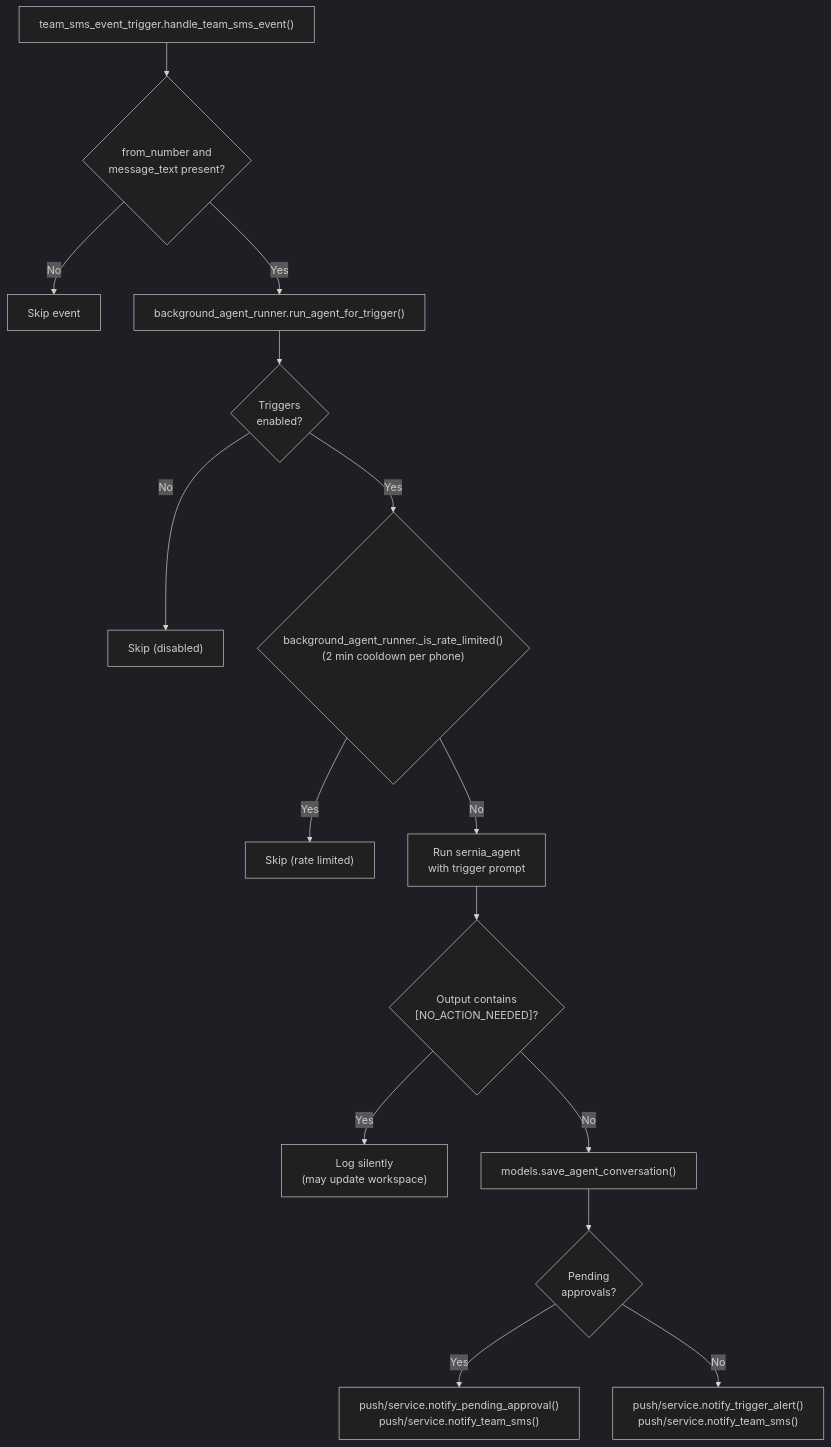
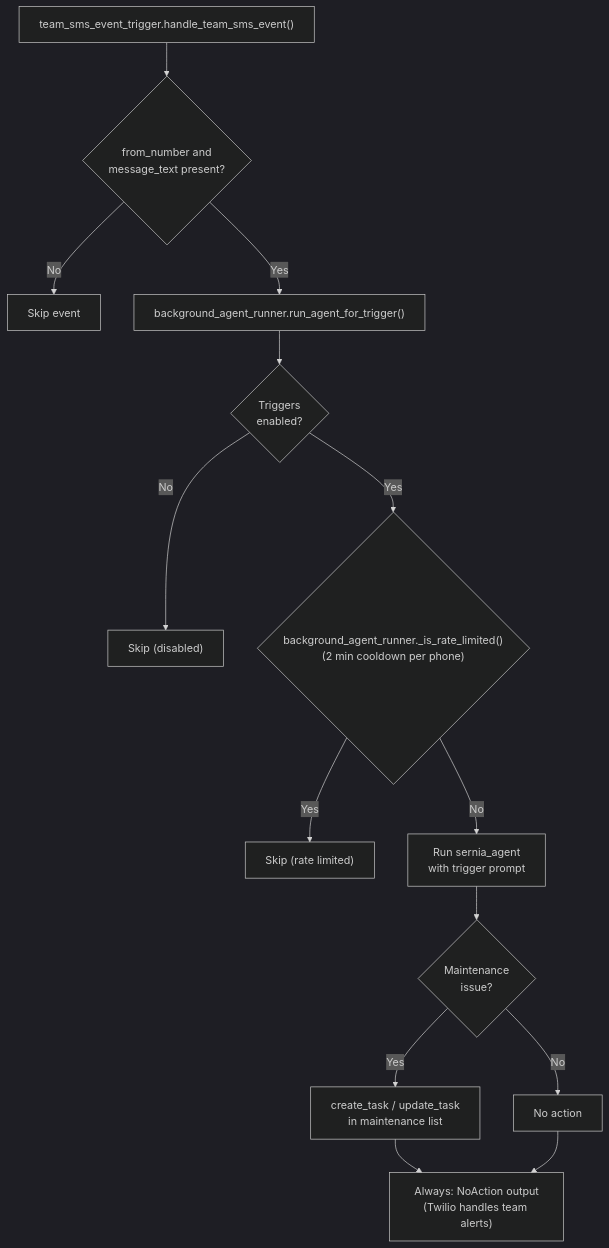
The second of 4 diagrams in api/src/sernia_ai/triggers/README.md (EmilioEsposito/portfolio), drawn with Mermaid (dark theme) before and after one commit. The commit also changed other lines of this file and 13 other files, not shown here.

First line of the commit message:
Enhance Sernia AI agent with NoAction model and scheduled SMS inbox review

````diff
--- a/api/src/sernia_ai/triggers/README.md
+++ b/api/src/sernia_ai/triggers/README.md
@@ -39,19 +39,18 @@
 ```mermaid
 flowchart TD
     IN["team_sms_event_trigger.handle_team_sms_event()"] --> VALIDATE{"from_number and<br/>message_text present?"}
     VALIDATE -->|No| SKIP["Skip event"]
     VALIDATE -->|Yes| RUNNER["background_agent_runner.run_agent_for_trigger()"]
 
     RUNNER --> ENABLED{"Triggers<br/>enabled?"}
     ENABLED -->|No| SKIP2["Skip (disabled)"]
     ENABLED -->|Yes| RATE{"background_agent_runner._is_rate_limited()<br/>(2 min cooldown per phone)"}
     RATE -->|Yes| SKIP3["Skip (rate limited)"]
     RATE -->|No| AGENT["Run sernia_agent<br/>with trigger prompt"]
 
-    AGENT --> SILENT{"Output contains<br/>[NO_ACTION_NEEDED]?"}
-    SILENT -->|Yes| LOG["Log silently<br/>(may update workspace)"]
-    SILENT -->|No| SAVE["models.save_agent_conversation()"]
-    SAVE --> HITL{"Pending<br/>approvals?"}
-    HITL -->|Yes| NOTIFY_A["push/service.notify_pending_approval()<br/>push/service.notify_team_sms()"]
-    HITL -->|No| NOTIFY_T["push/service.notify_trigger_alert()<br/>push/service.notify_team_sms()"]
+    AGENT --> CLICKUP{"Maintenance<br/>issue?"}
+    CLICKUP -->|Yes| CREATE["create_task / update_task<br/>in maintenance list"]
+    CLICKUP -->|No| NOOP["No action"]
+    CREATE --> SILENT["Always: NoAction output<br/>(Twilio handles team alerts)"]
+    NOOP --> SILENT
 ```
````
